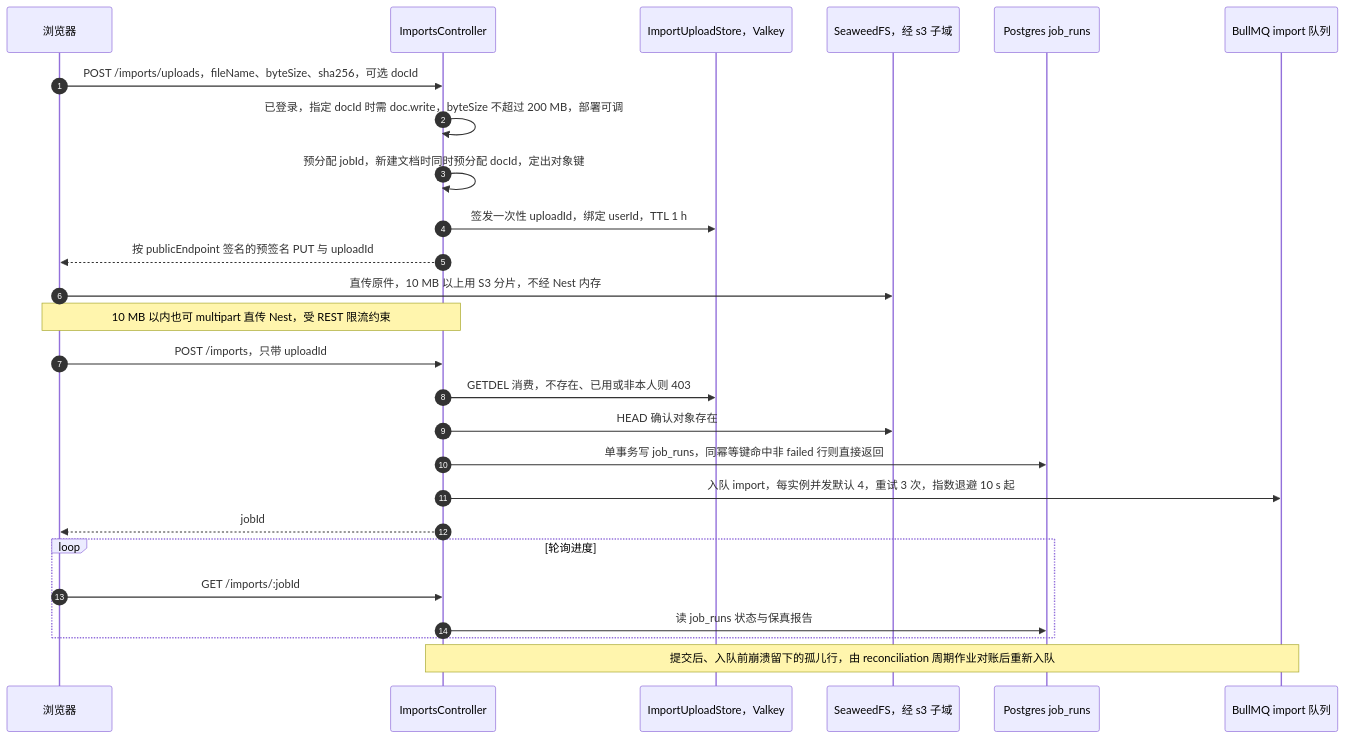
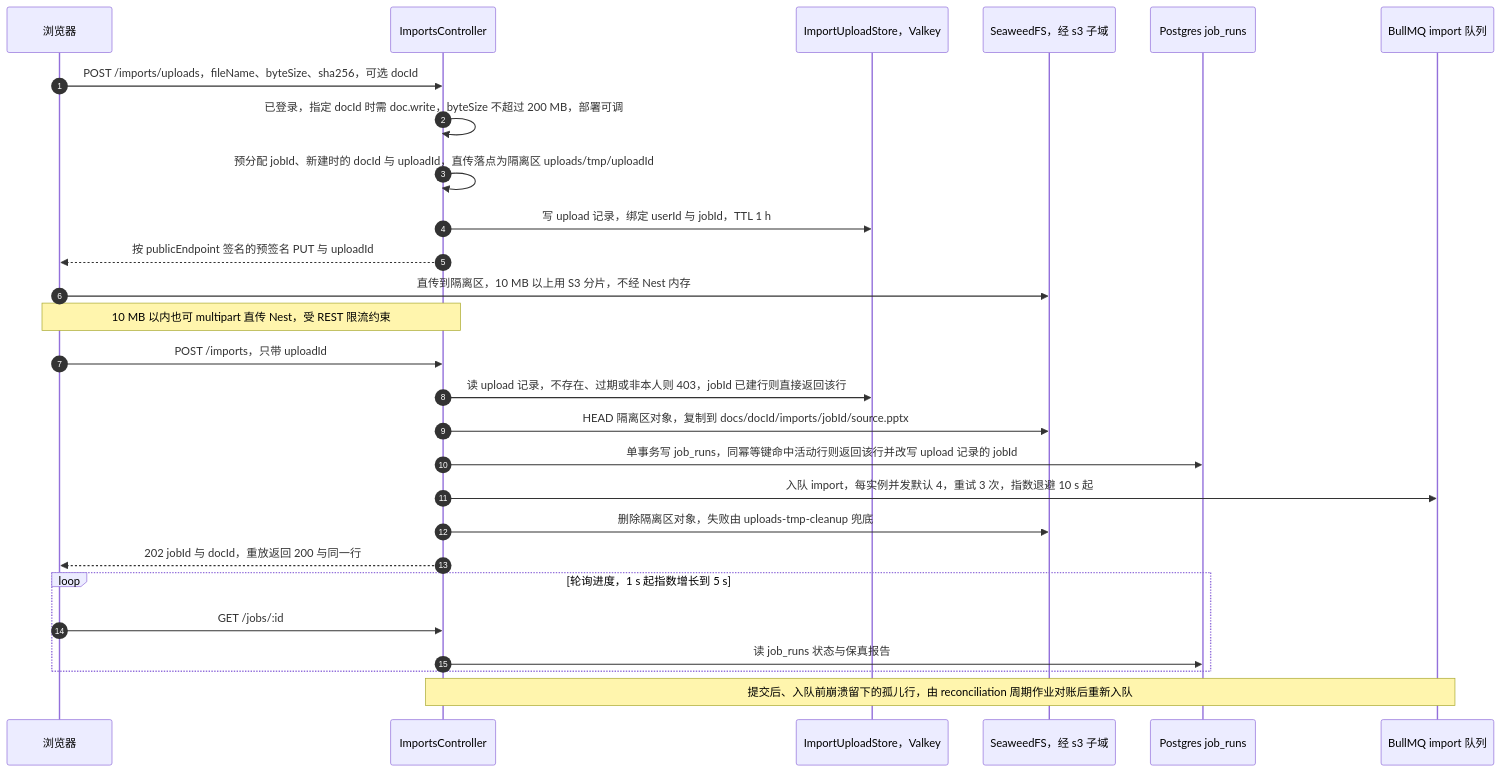
Before and after one commit to Xeonice/cordis-ppt-editor: diagram 30 of 46 in docs/40-modules/19-atlas-backend-and-data.md, drawn with Mermaid. The commit also changed other lines of this file and 79 other files, not shown here.

````diff
--- a/docs/40-modules/19-atlas-backend-and-data.md
+++ b/docs/40-modules/19-atlas-backend-and-data.md
@@ -1165,28 +1179,29 @@
 ```mermaid
 sequenceDiagram
   autonumber
   participant web as 浏览器
   participant api as ImportsController
   participant up as ImportUploadStore，Valkey
   participant s3 as SeaweedFS，经 s3 子域
   participant pg as Postgres job_runs
   participant q as BullMQ import 队列
   web->>api: POST /imports/uploads，fileName、byteSize、sha256，可选 docId
   api->>api: 已登录，指定 docId 时需 doc.write，byteSize 不超过 200 MB，部署可调
-  api->>api: 预分配 jobId，新建文档时同时预分配 docId，定出对象键
-  api->>up: 签发一次性 uploadId，绑定 userId，TTL 1 h
+  api->>api: 预分配 jobId、新建时的 docId 与 uploadId，直传落点为隔离区 uploads/tmp/uploadId
+  api->>up: 写 upload 记录，绑定 userId 与 jobId，TTL 1 h
   api-->>web: 按 publicEndpoint 签名的预签名 PUT 与 uploadId
-  web->>s3: 直传原件，10 MB 以上用 S3 分片，不经 Nest 内存
+  web->>s3: 直传到隔离区，10 MB 以上用 S3 分片，不经 Nest 内存
   Note over web,api: 10 MB 以内也可 multipart 直传 Nest，受 REST 限流约束
   web->>api: POST /imports，只带 uploadId
-  api->>up: GETDEL 消费，不存在、已用或非本人则 403
-  api->>s3: HEAD 确认对象存在
-  api->>pg: 单事务写 job_runs，同幂等键命中非 failed 行则直接返回
+  api->>up: 读 upload 记录，不存在、过期或非本人则 403，jobId 已建行则直接返回该行
+  api->>s3: HEAD 隔离区对象，复制到 docs/docId/imports/jobId/source.pptx
+  api->>pg: 单事务写 job_runs，同幂等键命中活动行则返回该行并改写 upload 记录的 jobId
   api->>q: 入队 import，每实例并发默认 4，重试 3 次，指数退避 10 s 起
-  api-->>web: jobId
-  loop 轮询进度
-    web->>api: GET /imports/:jobId
+  api->>s3: 删除隔离区对象，失败由 uploads-tmp-cleanup 兜底
+  api-->>web: 202 jobId 与 docId，重放返回 200 与同一行
+  loop 轮询进度，1 s 起指数增长到 5 s
+    web->>api: GET /jobs/:id
     api->>pg: 读 job_runs 状态与保真报告
   end
   Note over api,q: 提交后、入队前崩溃留下的孤儿行，由 reconciliation 周期作业对账后重新入队
 ```
````
